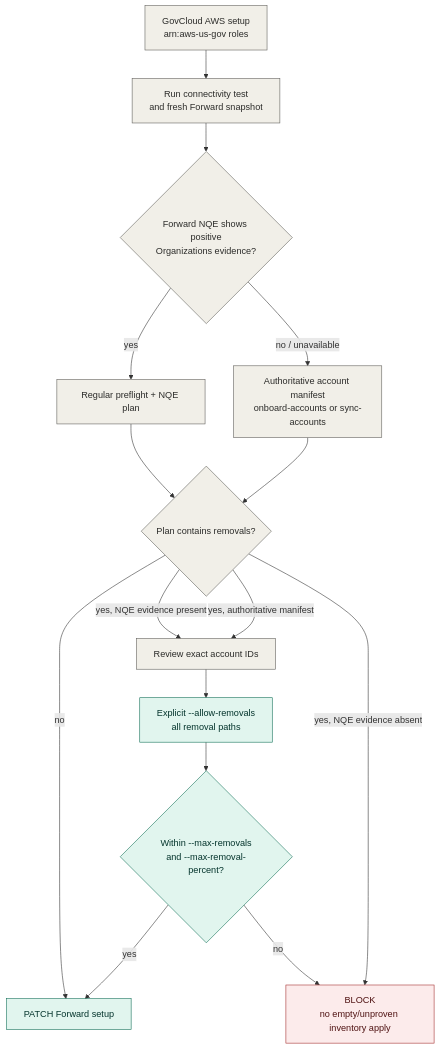
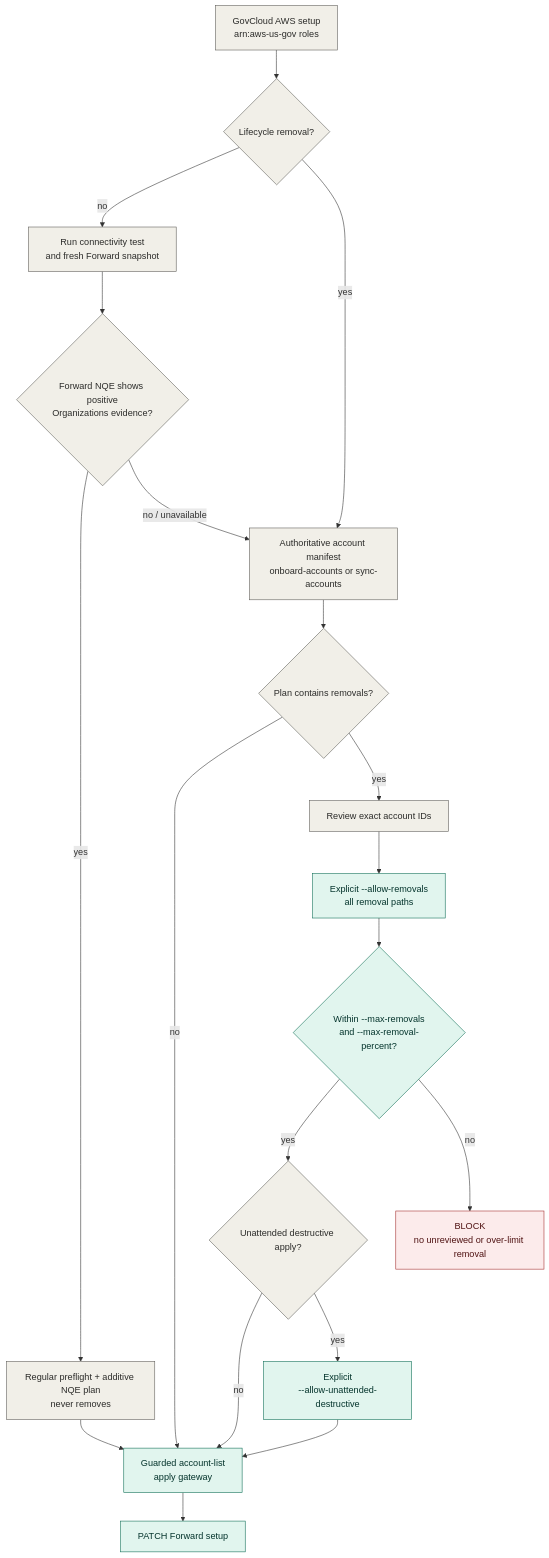
One commit to forwardnetworks/aws-sync changed the second of 9 diagrams in docs/architecture-flow.md. Above: the diagram before and after it, drawn with Mermaid. The commit also changed other lines of this file and 6 other files, not shown here.

````diff
--- a/docs/architecture-flow.md
+++ b/docs/architecture-flow.md
@@ -51,34 +51,40 @@
 ```mermaid
 flowchart TD
     start["GovCloud AWS setup\narn:aws-us-gov roles"]
     snapshot["Run connectivity test\nand fresh Forward snapshot"]
+    change{"Lifecycle removal?"}
     org_check{"Forward NQE shows positive\nOrganizations evidence?"}
-    nqe["Regular preflight + NQE plan"]
+    nqe["Regular preflight + additive NQE plan\nnever removes"]
     manifest["Authoritative account manifest\nonboard-accounts or sync-accounts"]
     removals{"Plan contains removals?"}
     review["Review exact account IDs"]
     approve["Explicit --allow-removals\nall removal paths"]
     blast{"Within --max-removals\nand --max-removal-percent?"}
+    unattended{"Unattended destructive apply?"}
+    acknowledge["Explicit\n--allow-unattended-destructive"]
+    gateway["Guarded account-list\napply gateway"]
     apply["PATCH Forward setup"]
-    block["BLOCK\nno empty/unproven inventory apply"]
+    block["BLOCK\nno unreviewed or over-limit removal"]
 
-    start --> snapshot --> org_check
-    org_check -- "yes" --> nqe --> removals
-    org_check -- "no / unavailable" --> manifest --> removals
-    removals -- "no" --> apply
-    removals -- "yes, NQE evidence present" --> review
-    removals -- "yes, authoritative manifest" --> review
-    review --> approve --> blast
-    blast -- "yes" --> apply
+    start --> change
+    change -- "no" --> snapshot --> org_check
+    change -- "yes" --> manifest --> removals
+    org_check -- "yes" --> nqe --> gateway
+    org_check -- "no / unavailable" --> manifest
+    removals -- "no" --> gateway
+    removals -- "yes" --> review --> approve --> blast
+    blast -- "yes" --> unattended
     blast -- "no" --> block
-    removals -- "yes, NQE evidence absent" --> block
+    unattended -- "no" --> gateway
+    unattended -- "yes" --> acknowledge --> gateway
+    gateway --> apply
 
     classDef neutral fill:#F1EFE8,stroke:#5F5E5A,color:#2C2C2A;
     classDef safe fill:#E1F5EE,stroke:#0F6E56,color:#04342C;
     classDef warn fill:#FAEEDA,stroke:#854F0B,color:#412402;
     classDef blocked fill:#FCEBEB,stroke:#A32D2D,color:#501313;
 
-    class start,snapshot,org_check,nqe,manifest,removals,review neutral;
-    class approve,blast,apply safe;
+    class start,snapshot,change,org_check,nqe,manifest,removals,review,unattended neutral;
+    class approve,blast,acknowledge,gateway,apply safe;
     class block blocked;
 ```
````
